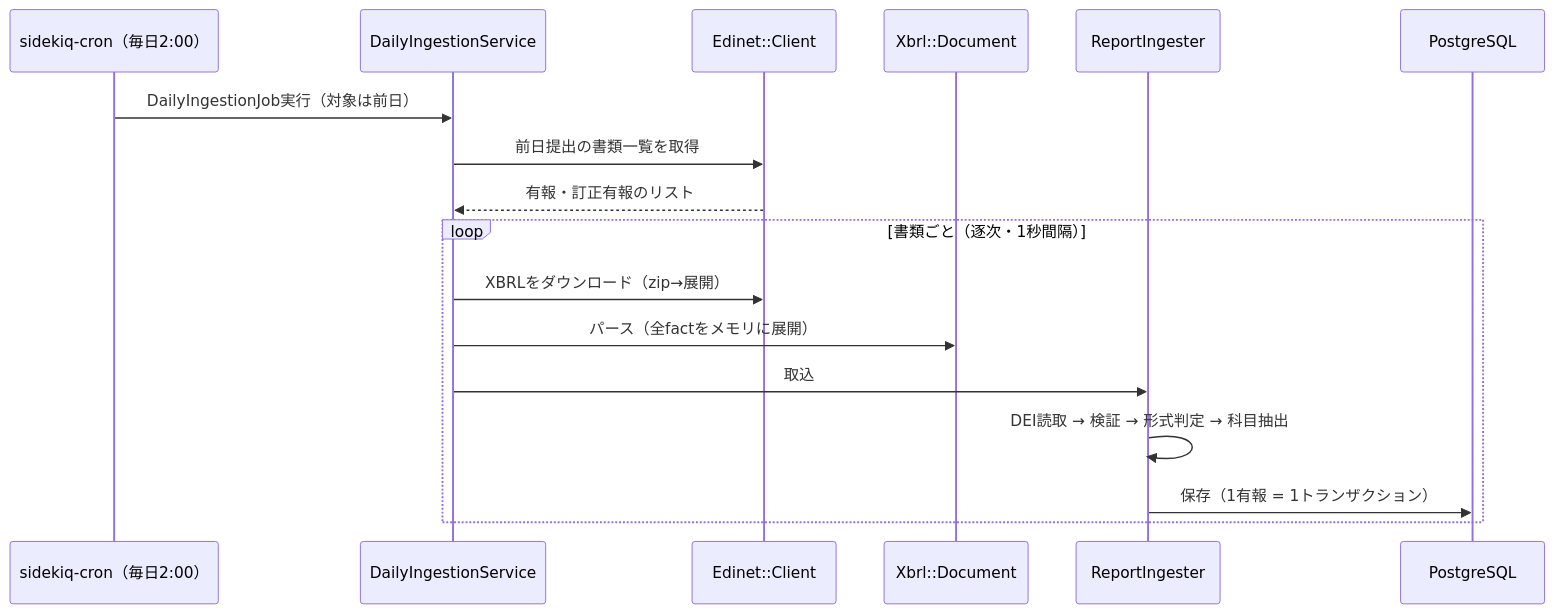
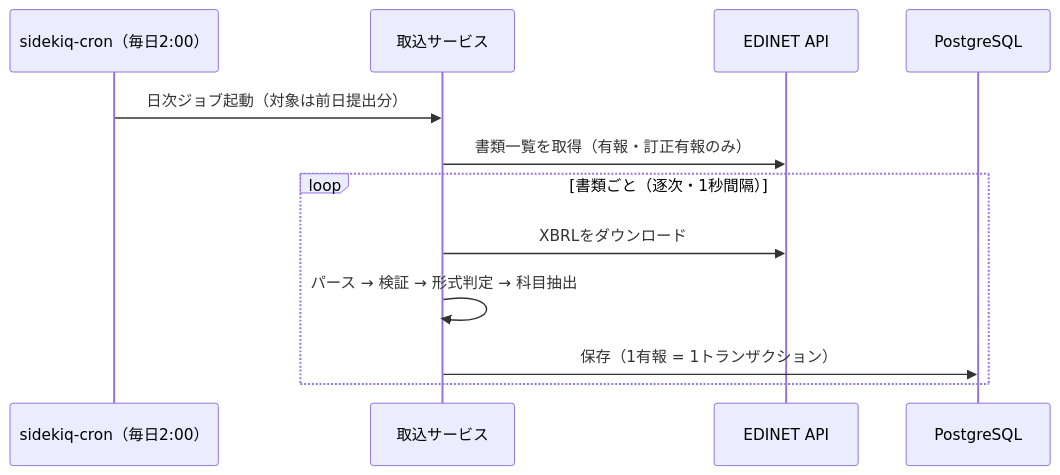
One commit to shin4488/financial-statement changed the fifth of 6 diagrams in docs/guide/04_system_overview.md. Above: the diagram before and after it, drawn with Mermaid. The commit also changed other lines of this file and 13 other files, not shown here.

````diff
--- a/docs/guide/04_system_overview.md
+++ b/docs/guide/04_system_overview.md
@@ -74,20 +221,15 @@
 ```mermaid
 sequenceDiagram
     participant Cron as sidekiq-cron（毎日2:00）
-    participant Svc as DailyIngestionService
-    participant Edinet as Edinet::Client
-    participant Xbrl as Xbrl::Document
-    participant Ing as ReportIngester
+    participant Svc as 取込サービス
+    participant Edinet as EDINET API
     participant DB as PostgreSQL
 
-    Cron->>Svc: DailyIngestionJob実行（対象は前日）
-    Svc->>Edinet: 前日提出の書類一覧を取得
-    Edinet-->>Svc: 有報・訂正有報のリスト
+    Cron->>Svc: 日次ジョブ起動（対象は前日提出分）
+    Svc->>Edinet: 書類一覧を取得（有報・訂正有報のみ）
     loop 書類ごと（逐次・1秒間隔）
-        Svc->>Edinet: XBRLをダウンロード（zip→展開）
-        Svc->>Xbrl: パース（全factをメモリに展開）
-        Svc->>Ing: 取込
-        Ing->>Ing: DEI読取 → 検証 → 形式判定 → 科目抽出
-        Ing->>DB: 保存（1有報 = 1トランザクション）
+        Svc->>Edinet: XBRLをダウンロード
+        Svc->>Svc: パース → 検証 → 形式判定 → 科目抽出
+        Svc->>DB: 保存（1有報 = 1トランザクション）
     end
 ```
````
